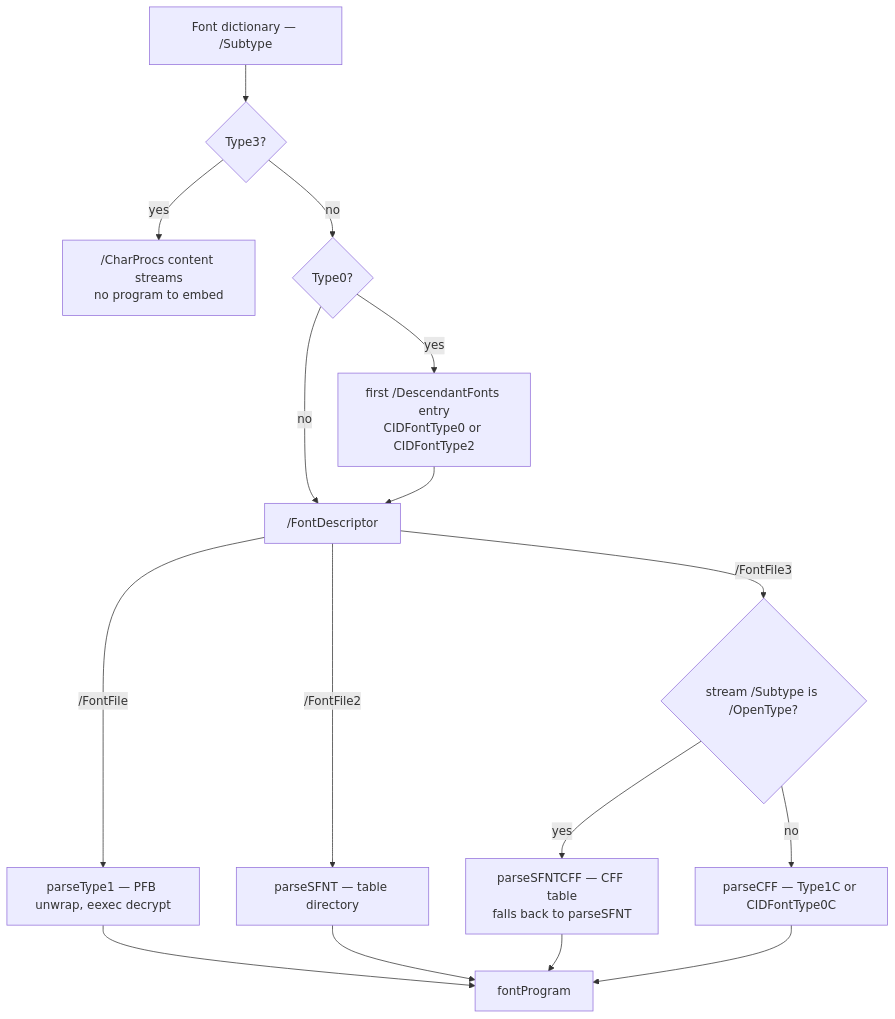
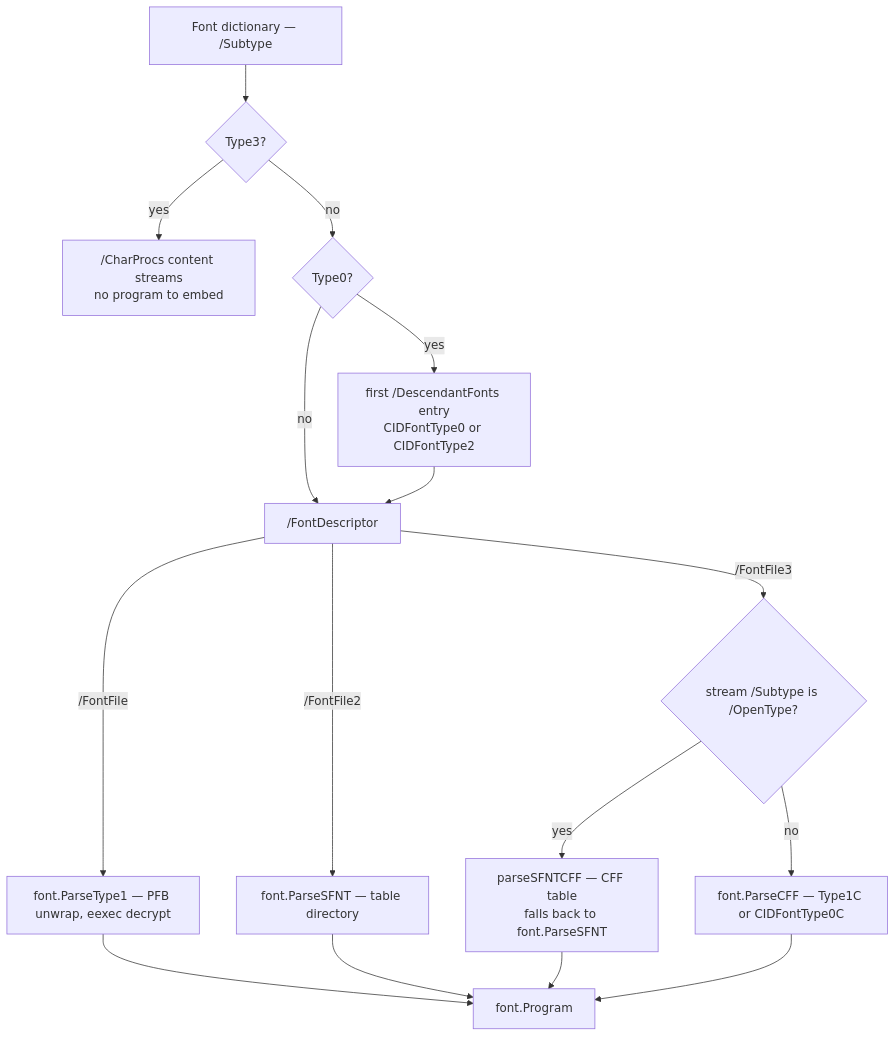
One commit to mgilbir/pdf0 changed the first of 2 diagrams in docs/fonts.md. Above: the diagram before and after it, drawn with Mermaid. The commit also changed other lines of this file and 6 other files, not shown here.

````diff
--- a/docs/fonts.md
+++ b/docs/fonts.md
@@ -93,18 +93,18 @@
 ```mermaid
 flowchart TD
     F["Font dictionary — /Subtype"] --> T3{"Type3?"}
     T3 -->|yes| CP["/CharProcs content streams<br/>no program to embed"]
     T3 -->|no| T0{"Type0?"}
     T0 -->|yes| D["first /DescendantFonts entry<br/>CIDFontType0 or CIDFontType2"]
     T0 -->|no| FD["/FontDescriptor"]
     D --> FD
-    FD -->|"/FontFile"| P1["parseType1 — PFB unwrap, eexec decrypt"]
-    FD -->|"/FontFile2"| P2["parseSFNT — table directory"]
+    FD -->|"/FontFile"| P1["font.ParseType1 — PFB unwrap, eexec decrypt"]
+    FD -->|"/FontFile2"| P2["font.ParseSFNT — table directory"]
     FD -->|"/FontFile3"| OT{"stream /Subtype is /OpenType?"}
-    OT -->|yes| PSC["parseSFNTCFF — CFF table<br/>falls back to parseSFNT"]
-    OT -->|no| PC["parseCFF — Type1C or CIDFontType0C"]
-    P1 --> FP["fontProgram"]
+    OT -->|yes| PSC["parseSFNTCFF — CFF table<br/>falls back to font.ParseSFNT"]
+    OT -->|no| PC["font.ParseCFF — Type1C or CIDFontType0C"]
+    P1 --> FP["font.Program"]
     P2 --> FP
     PSC --> FP
     PC --> FP
 ```
````
